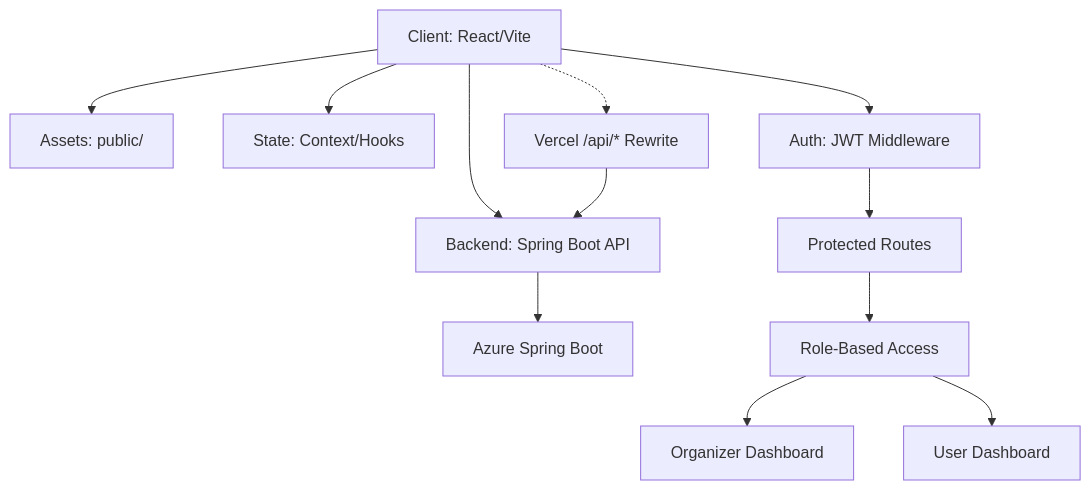
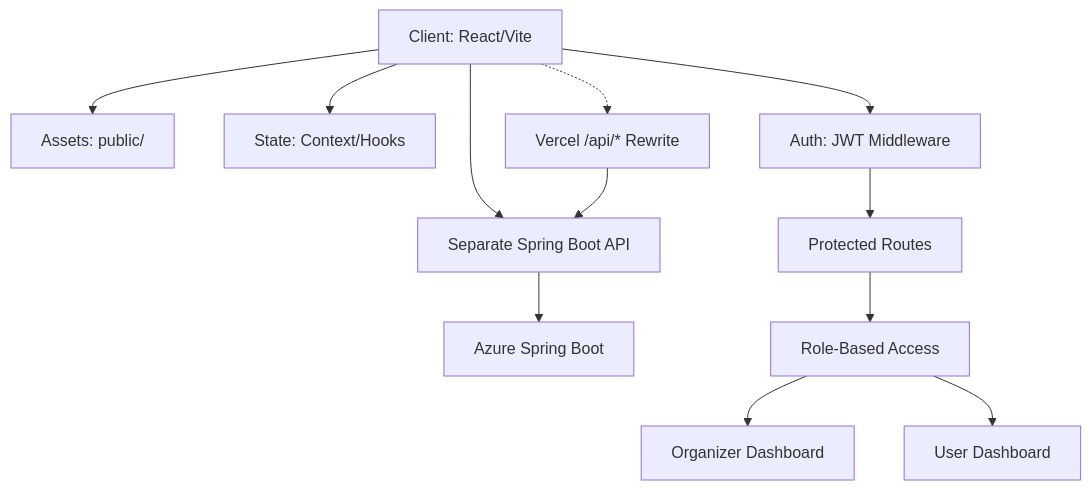
Before and after one commit to SandeepVashishtha/Eventra: the diagram in README.md, drawn with Mermaid. The commit also changed other lines of this file and 72 other files, not shown here.

````diff
--- a/README.md
+++ b/README.md
@@ -140,14 +139,14 @@
 ```mermaid
 graph TD
     Client[Client: React/Vite] --> Assets[Assets: public/]
     Client --> State[State: Context/Hooks]
-    Client --> Backend[Backend: Spring Boot API]
+    Client --> Backend[Separate Spring Boot API]
     Backend --> Azure[Azure Spring Boot]
     Client -.-> VercelRewrite[Vercel /api/* Rewrite]
     VercelRewrite --> Backend
     Client --> Auth[Auth: JWT Middleware]
     Auth --> Protected[Protected Routes]
     Protected --> RoleCheck[Role-Based Access]
     RoleCheck --> OrgDash[Organizer Dashboard]
     RoleCheck --> UserDash[User Dashboard]
 ```
````
